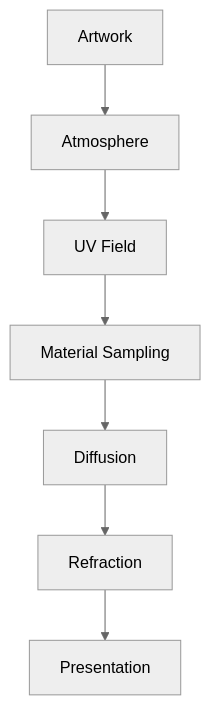
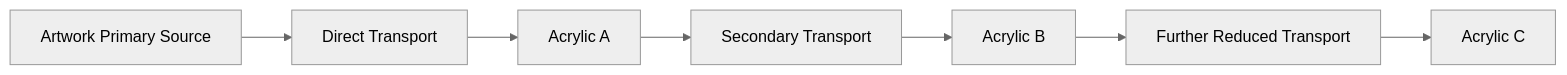
The fourth of 7 diagrams in docs/design/system/mds-003-material-system/09-light-transport.md (mosaic-media/architecture), drawn with Mermaid (neutral theme) before and after one commit. The commit also changed other lines of this file and 12 other files, not shown here.

Commit message:
docs(mds-003): define refraction architecture

````diff
--- a/docs/design/system/mds-003-material-system/09-light-transport.md
+++ b/docs/design/system/mds-003-material-system/09-light-transport.md
@@ -134,18 +195,18 @@
 ```mermaid
-flowchart TD
+flowchart LR
 
-N1["Artwork"]
-N2["Atmosphere"]
-N3["UV Field"]
-N4["Material Sampling"]
-N5["Diffusion"]
-N6["Refraction"]
-N7["Presentation"]
+N1["Artwork Primary Source"]
+N2["Direct Transport"]
+N3["Acrylic A"]
+N4["Secondary Transport"]
+N5["Acrylic B"]
+N6["Further Reduced Transport"]
+N7["Acrylic C"]
 
 N1 --> N2
 N2 --> N3
 N3 --> N4
 N4 --> N5
 N5 --> N6
 N6 --> N7
 ```
````
